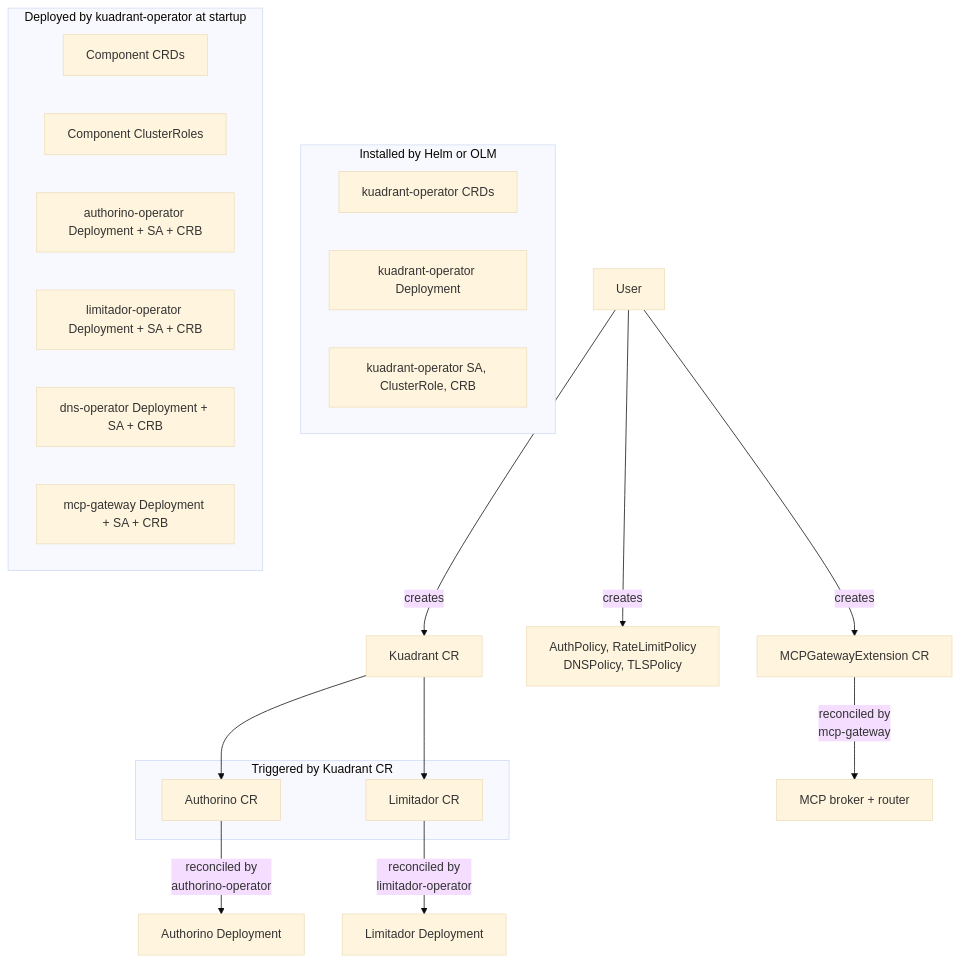
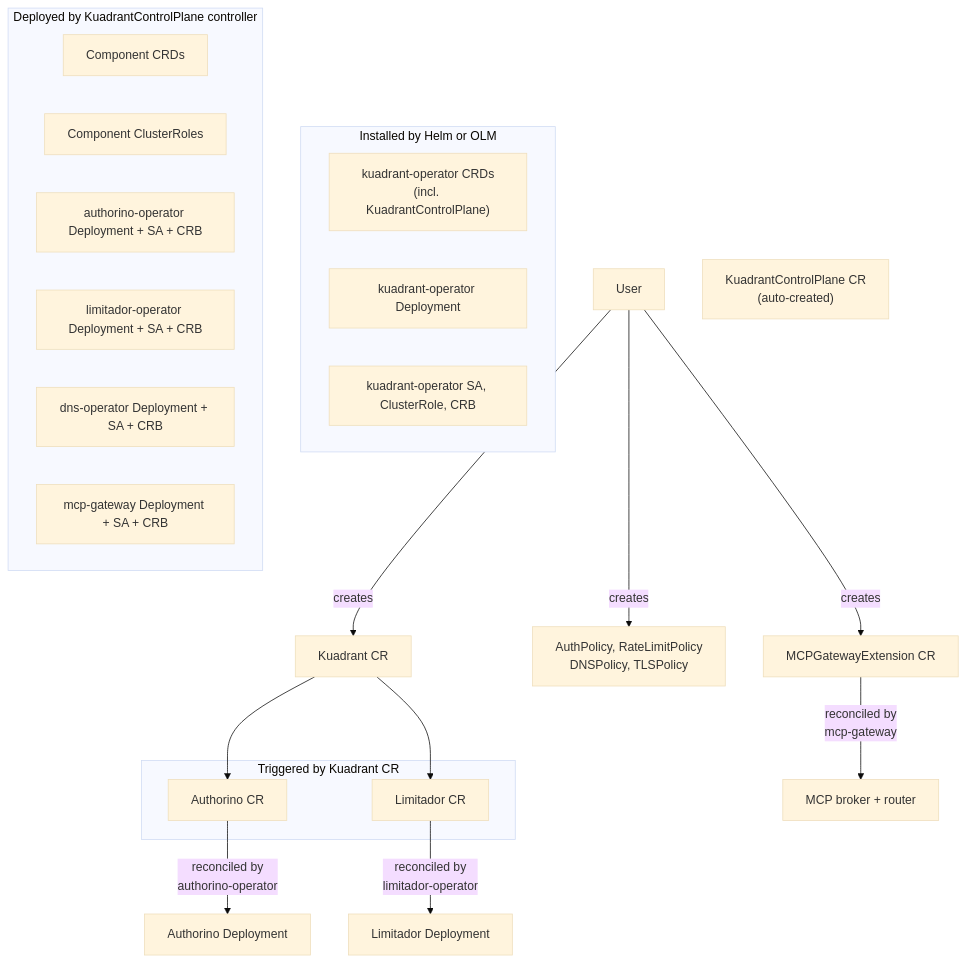
One commit to Kuadrant/architecture changed the sixth of 6 diagrams in rfcs/0019-olmv1-operator-consolidation/architecture-diagrams.md. Above: the diagram before and after it, drawn with Mermaid (base theme). The commit also changed other lines of this file and 1 other file, not shown here.

First line of the commit message:
docs: update RFC 0019 for KuadrantControlPlane CRD

````diff
--- a/rfcs/0019-olmv1-operator-consolidation/architecture-diagrams.md
+++ b/rfcs/0019-olmv1-operator-consolidation/architecture-diagrams.md
@@ -182,33 +193,35 @@
 ```mermaid
 graph TB
     USER["User"] -->|"creates"| KCR["Kuadrant CR"]
     USER -->|"creates"| POLICIES["AuthPolicy, RateLimitPolicy<br/>DNSPolicy, TLSPolicy"]
     USER -->|"creates"| MGCR["MCPGatewayExtension CR"]
 
     subgraph installer["Installed by Helm or OLM"]
-        KOP_CRDs["kuadrant-operator CRDs"]
+        KOP_CRDs["kuadrant-operator CRDs<br/>(incl. KuadrantControlPlane)"]
         KOP_DEP["kuadrant-operator Deployment"]
         KOP_RBAC["kuadrant-operator SA, ClusterRole, CRB"]
     end
 
-    subgraph startup["Deployed by kuadrant-operator at startup"]
+    KCP["KuadrantControlPlane CR<br/>(auto-created)"]
+
+    subgraph controlplane["Deployed by KuadrantControlPlane controller"]
         COMP_CRDs["Component CRDs"]
         COMP_CR["Component ClusterRoles"]
         AUTH_OP["authorino-operator Deployment + SA + CRB"]
         LIM_OP["limitador-operator Deployment + SA + CRB"]
         DNS_OP["dns-operator Deployment + SA + CRB"]
         MCP_OP["mcp-gateway Deployment + SA + CRB"]
     end
 
     subgraph kuadrant-cr["Triggered by Kuadrant CR"]
         AUTH_CR["Authorino CR"]
         LIM_CR["Limitador CR"]
     end
 
     KCR --> AUTH_CR
     KCR --> LIM_CR
 
     AUTH_CR -->|"reconciled by<br/>authorino-operator"| AUTH_WL["Authorino Deployment"]
     LIM_CR -->|"reconciled by<br/>limitador-operator"| LIM_WL["Limitador Deployment"]
     MGCR -->|"reconciled by<br/>mcp-gateway"| MCP_WL["MCP broker + router"]
 ```
````
